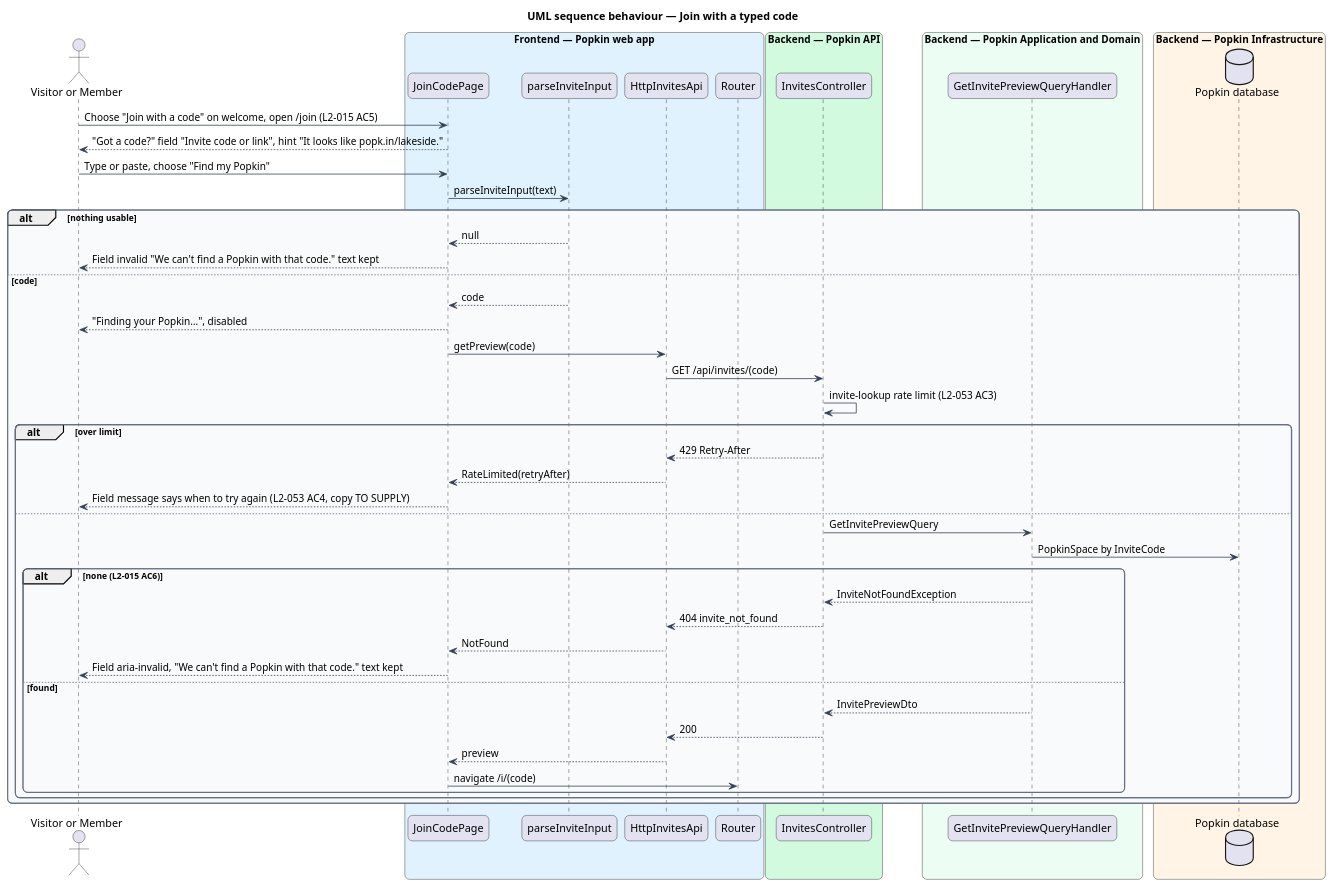
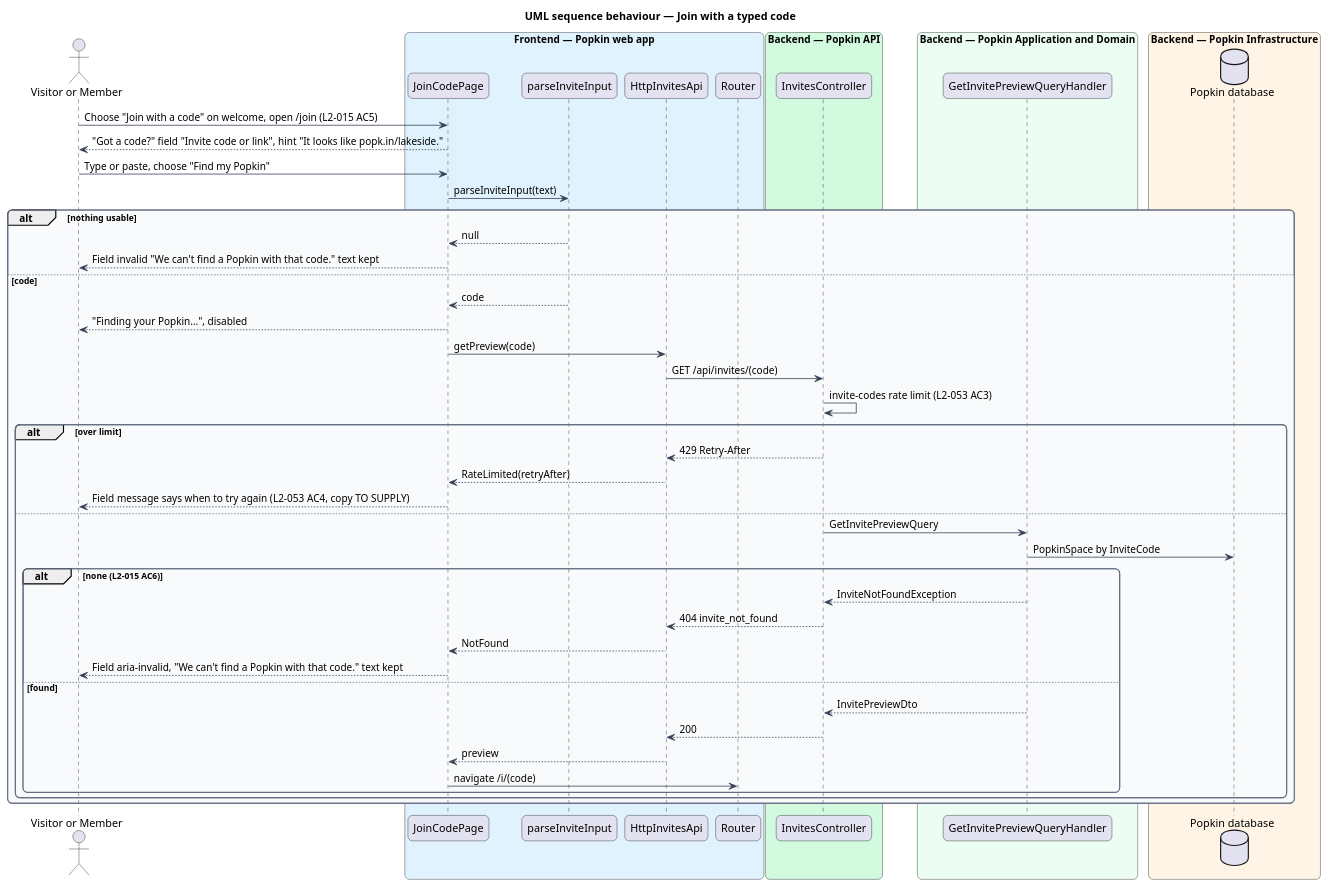
The diagram in docs/detailed-designs/invitations/join-by-code/diagrams/sequence-type-code.puml (QuinntyneBrown/popkin), drawn with PlantUML before and after one commit. The commit also changed 17 other files, not shown here.

```diff
--- a/docs/detailed-designs/invitations/join-by-code/diagrams/sequence-type-code.puml
+++ b/docs/detailed-designs/invitations/join-by-code/diagrams/sequence-type-code.puml
@@ -1,66 +1,66 @@
 @startuml
 title UML sequence behaviour — Join with a typed code
 skinparam backgroundColor #FFFFFF
 skinparam shadowing false
 skinparam roundcorner 12
 skinparam defaultFontName Arial
 skinparam ArrowColor #344054
 skinparam rectangle {
   BorderColor #344054
   FontColor #101828
 }
 skinparam package {
   BorderColor #667085
   FontColor #101828
   BackgroundColor #F9FAFB
 }
 actor "Visitor or Member" as actor
 box "Frontend — Popkin web app" #E0F2FE
   participant "JoinCodePage" as page
   participant "parseInviteInput" as parse
   participant "HttpInvitesApi" as client
   participant "Router" as router
 end box
 box "Backend — Popkin API" #D1FADF
   participant "InvitesController" as ctrl
 end box
 box "Backend — Popkin Application and Domain" #ECFDF3
   participant "GetInvitePreviewQueryHandler" as handler
 end box
 box "Backend — Popkin Infrastructure" #FFF4E5
   database "Popkin database" as db
 end box
 actor -> page : Choose "Join with a code" on welcome, open /join (L2-015 AC5)
 page --> actor : "Got a code?" field "Invite code or link", hint "It looks like popk.in/lakeside."
 actor -> page : Type or paste, choose "Find my Popkin"
 page -> parse : parseInviteInput(text)
 alt nothing usable
   parse --> page : null
   page --> actor : Field invalid "We can't find a Popkin with that code." text kept
 else code
   parse --> page : code
   page --> actor : "Finding your Popkin…", disabled
   page -> client : getPreview(code)
   client -> ctrl : GET /api/invites/(code)
-  ctrl -> ctrl : invite-lookup rate limit (L2-053 AC3)
+  ctrl -> ctrl : invite-codes rate limit (L2-053 AC3)
   alt over limit
     ctrl --> client : 429 Retry-After
     client --> page : RateLimited(retryAfter)
     page --> actor : Field message says when to try again (L2-053 AC4, copy TO SUPPLY)
   else
     ctrl -> handler : GetInvitePreviewQuery
     handler -> db : PopkinSpace by InviteCode
     alt none (L2-015 AC6)
       handler --> ctrl : InviteNotFoundException
       ctrl --> client : 404 invite_not_found
       client --> page : NotFound
       page --> actor : Field aria-invalid, "We can't find a Popkin with that code." text kept
     else found
       handler --> ctrl : InvitePreviewDto
       ctrl --> client : 200
       client --> page : preview
       page -> router : navigate /i/(code)
     end
   end
 end
 @enduml
```
